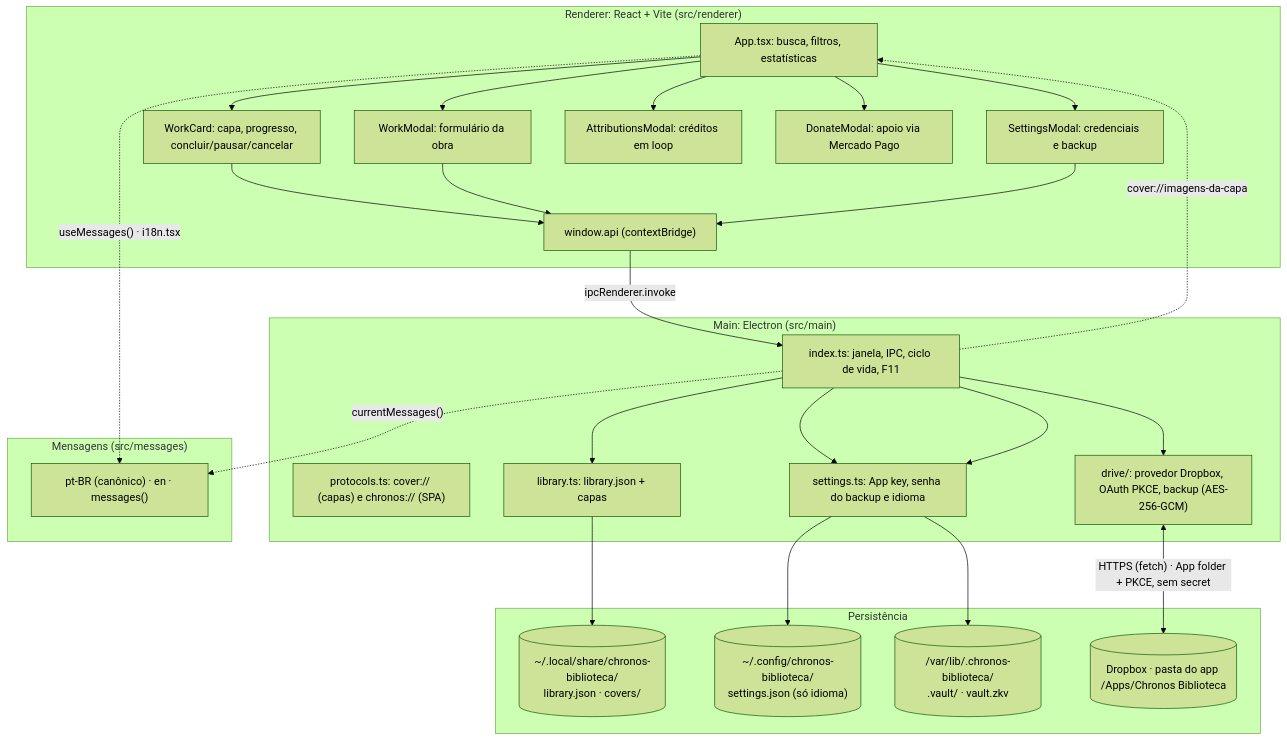
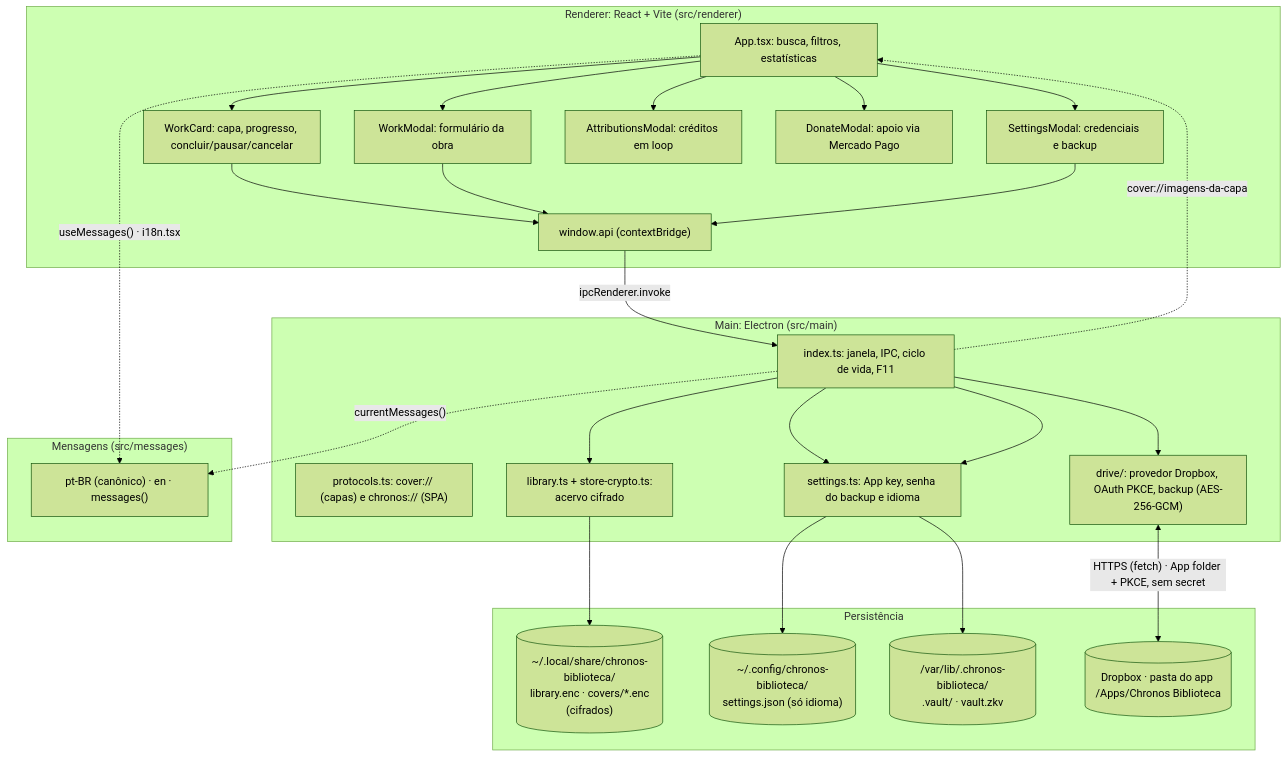
One commit to chronos-atalante/chronos-biblioteca changed the first of 5 diagrams in README.md. Above: the diagram before and after it, drawn with Mermaid (forest theme). The commit also changed other lines of this file and 53 other files, not shown here.

````diff
--- a/README.md
+++ b/README.md
@@ -221,49 +230,49 @@
 ```mermaid
 flowchart TD
     subgraph RENDERER["Renderer: React + Vite (src/renderer)"]
         UI1["App.tsx: busca, filtros, estatísticas"]
         UI2["WorkCard: capa, progresso, concluir/pausar/cancelar"]
         UI3["WorkModal: formulário da obra"]
         UI4["SettingsModal: credenciais e backup"]
         UI5["AttributionsModal: créditos em loop"]
         UI6["DonateModal: apoio via Mercado Pago"]
         BRIDGE["window.api (contextBridge)"]
         UI1 --> UI2
         UI1 --> UI3
         UI1 --> UI4
         UI1 --> UI5
         UI1 --> UI6
         UI2 --> BRIDGE
         UI3 --> BRIDGE
         UI4 --> BRIDGE
     end
 
     subgraph MAIN["Main: Electron (src/main)"]
         IDX["index.ts: janela, IPC, ciclo de vida, F11"]
         PRT["protocols.ts: cover:// (capas) e chronos:// (SPA)"]
-        LIB["library.ts: library.json + capas"]
+        LIB["library.ts + store-crypto.ts:<br/>acervo cifrado"]
         SET["settings.ts: App key, senha do backup e idioma"]
         DRV["drive/: provedor Dropbox, OAuth PKCE, backup (AES-256-GCM)"]
     end
 
     subgraph MSG["Mensagens (src/messages)"]
         M1["pt-BR (canônico) · en · messages()"]
     end
 
     subgraph STORAGE["Persistência"]
-        LOKAL[("~/.local/share/chronos-biblioteca/<br/>library.json · covers/")]
+        LOKAL[("~/.local/share/chronos-biblioteca/<br/>library.enc · covers/*.enc<br/>(cifrados)")]
         CFG[("~/.config/chronos-biblioteca/<br/>settings.json (só idioma)")]
         VAULT[("/var/lib/.chronos-biblioteca/<br/>.vault/ · vault.zkv")]
         DRIVE[("Dropbox · pasta do app /Apps/Chronos Biblioteca")]
     end
 
     BRIDGE -->|"ipcRenderer.invoke"| IDX
     IDX --> LIB --> LOKAL
     IDX --> SET --> CFG
     IDX --> SET --> VAULT
     IDX --> DRV
     DRV <-->|"HTTPS (fetch) · App folder + PKCE, sem secret"| DRIVE
     IDX -.->|"cover://imagens-da-capa"| UI1
     UI1 -.->|"useMessages() · i18n.tsx"| M1
     IDX -.->|"currentMessages()"| M1
 ```
````
